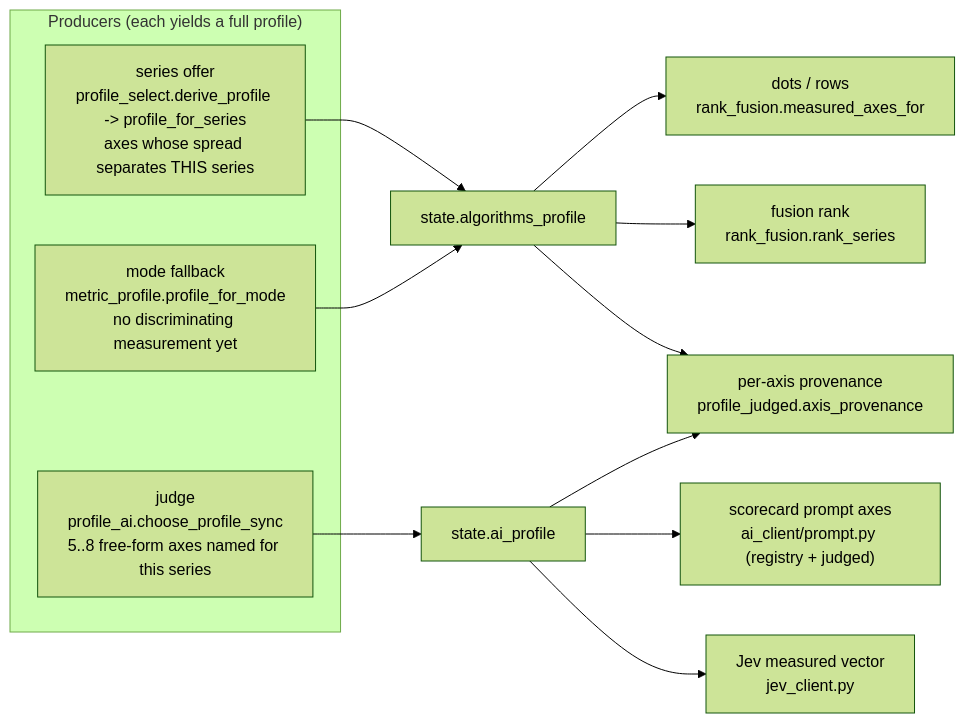
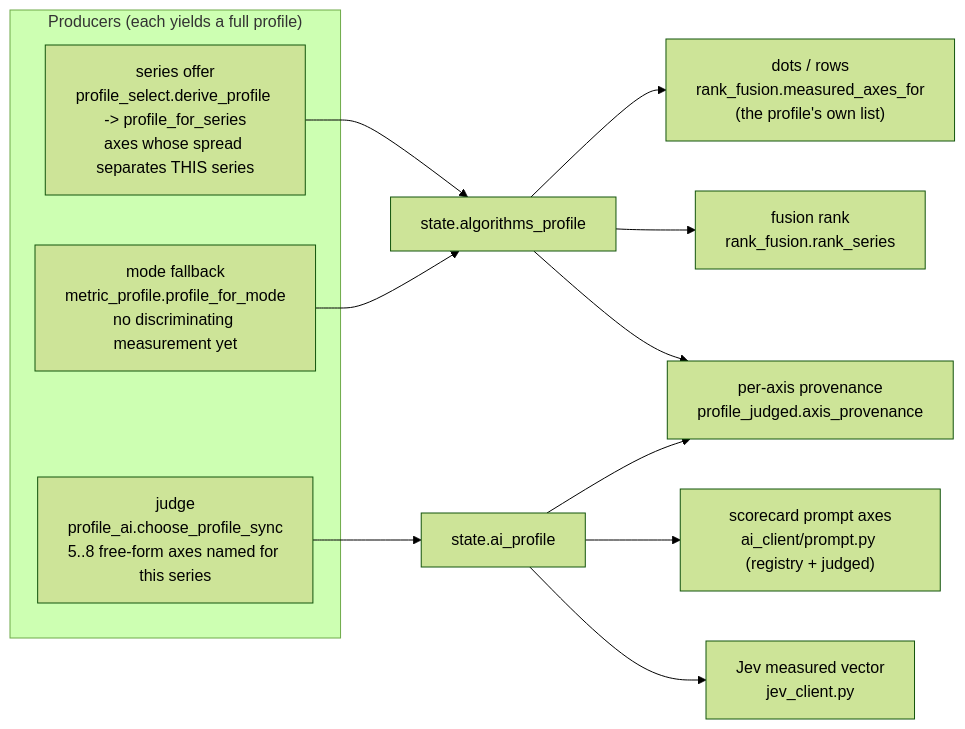
One commit to Loganavter/Improve-ImgSLI-dev changed the third of 3 diagrams in src/tabs/image_gallery/docs/ANALYSIS_BACKENDS.md. Above: the diagram before and after it, drawn with Mermaid (forest theme). The commit also changed other lines of this file and 25 other files, not shown here.

````diff
--- a/src/tabs/image_gallery/docs/ANALYSIS_BACKENDS.md
+++ b/src/tabs/image_gallery/docs/ANALYSIS_BACKENDS.md
@@ -168,17 +169,17 @@
 ```mermaid
 flowchart LR
     subgraph PROD["Producers (each yields a full profile)"]
         S["series offer<br/>profile_select.derive_profile -> profile_for_series<br/>axes whose spread separates THIS series"]
         V["judge<br/>profile_ai.choose_profile_sync<br/>5..8 free-form axes named for this series"]
         F["mode fallback<br/>metric_profile.profile_for_mode<br/>no discriminating measurement yet"]
     end
     S --> A["state.algorithms_profile"]
     F --> A
     V --> B["state.ai_profile"]
-    A --> C1["dots / rows<br/>rank_fusion.measured_axes_for"]
+    A --> C1["dots / rows<br/>rank_fusion.measured_axes_for<br/>(the profile's own list)"]
     A --> C3["fusion rank<br/>rank_fusion.rank_series"]
     B --> C2["scorecard prompt axes<br/>ai_client/prompt.py (registry + judged)"]
     B --> C4["Jev measured vector<br/>jev_client.py"]
     A --> C5["per-axis provenance<br/>profile_judged.axis_provenance"]
     B --> C5
 ```
````
